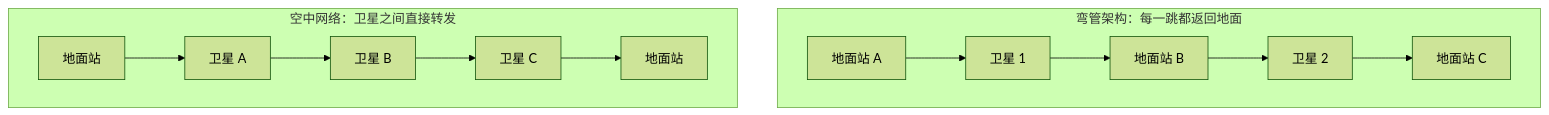
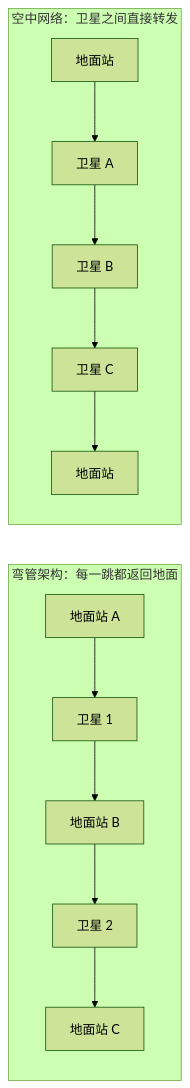
Before and after one commit to Meer-Matze/Meer-Matze.github.io: diagram 18 of 18 in src/content/posts/无线网络与移动网络.md, drawn with Mermaid (forest theme). The commit also changed other lines of this file, not shown here.

````diff
--- a/src/content/posts/无线网络与移动网络.md
+++ b/src/content/posts/无线网络与移动网络.md
@@ -1600,10 +1594,10 @@
 ```mermaid
-flowchart TB
+flowchart LR
     subgraph BENT["弯管架构：每一跳都返回地面"]
         G1["地面站 A"] --> S1["卫星 1"] --> G2["地面站 B"]
         G2 --> S2["卫星 2"] --> G3["地面站 C"]
     end
     subgraph SKY["空中网络：卫星之间直接转发"]
         GA["地面站"] --> SA["卫星 A"] --> SB["卫星 B"] --> SC["卫星 C"] --> GB["地面站"]
     end
 ```
````
